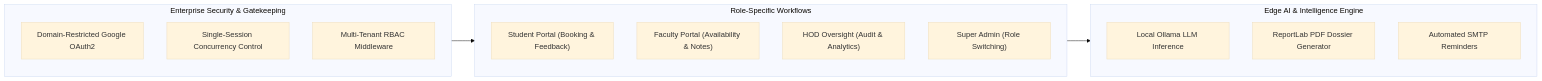
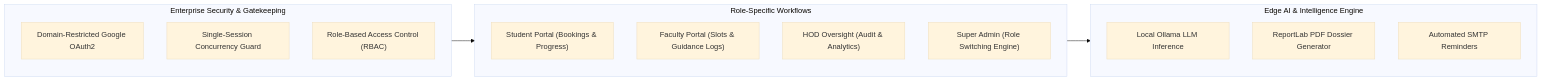
Before and after one commit to KishoreM-04/KishoreM-04: the diagram in README.md, drawn with Mermaid (base theme). The commit also changed other lines of this file and 26 other files, not shown here.

````diff
--- a/README.md
+++ b/README.md
@@ -50,24 +81,24 @@
 ```mermaid
 graph LR
     subgraph MultiTenantAuth ["Enterprise Security & Gatekeeping"]
         A1["Domain-Restricted Google OAuth2"]
-        A2["Single-Session Concurrency Control"]
-        A3["Multi-Tenant RBAC Middleware"]
+        A2["Single-Session Concurrency Guard"]
+        A3["Role-Based Access Control (RBAC)"]
     end
 
     subgraph UserPortals ["Role-Specific Workflows"]
-        P1["Student Portal (Booking & Feedback)"]
-        P2["Faculty Portal (Availability & Notes)"]
+        P1["Student Portal (Bookings & Progress)"]
+        P2["Faculty Portal (Slots & Guidance Logs)"]
         P3["HOD Oversight (Audit & Analytics)"]
-        P4["Super Admin (Role Switching)"]
+        P4["Super Admin (Role Switching Engine)"]
     end
 
     subgraph DeepServices ["Edge AI & Intelligence Engine"]
         S1["Local Ollama LLM Inference"]
         S2["ReportLab PDF Dossier Generator"]
         S3["Automated SMTP Reminders"]
     end
 
     MultiTenantAuth --> UserPortals
     UserPortals --> DeepServices
 ```
````
